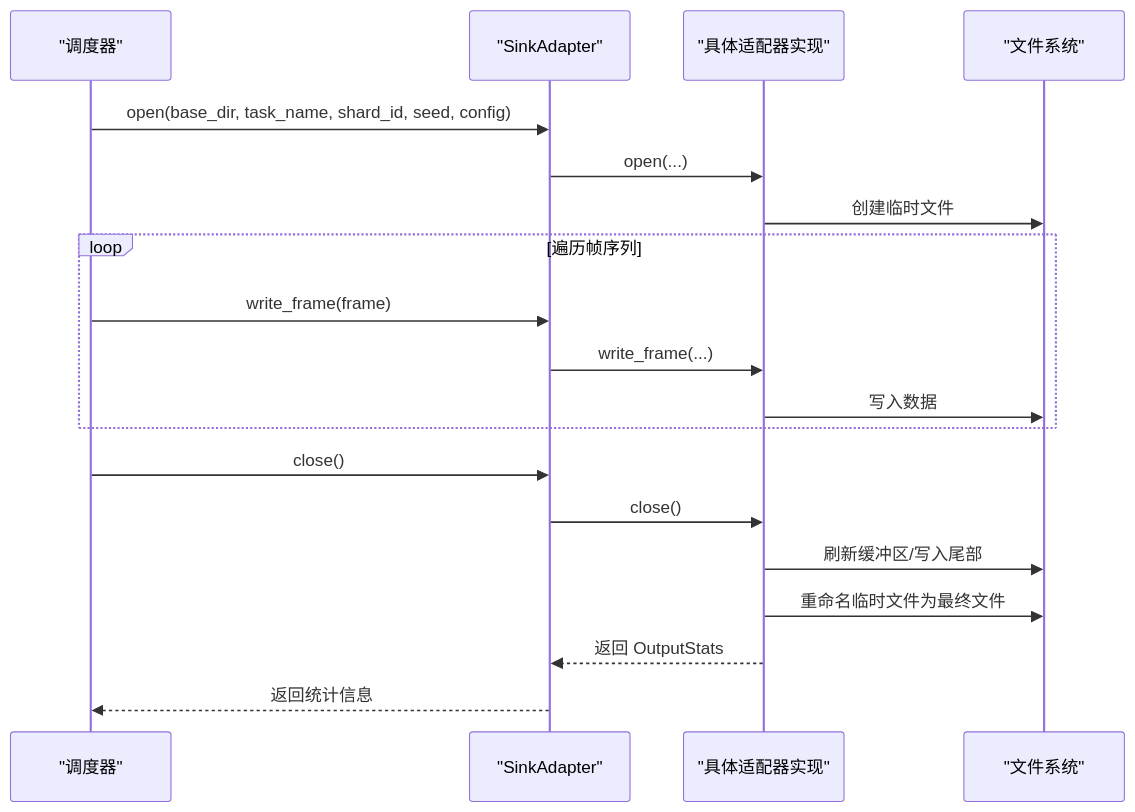
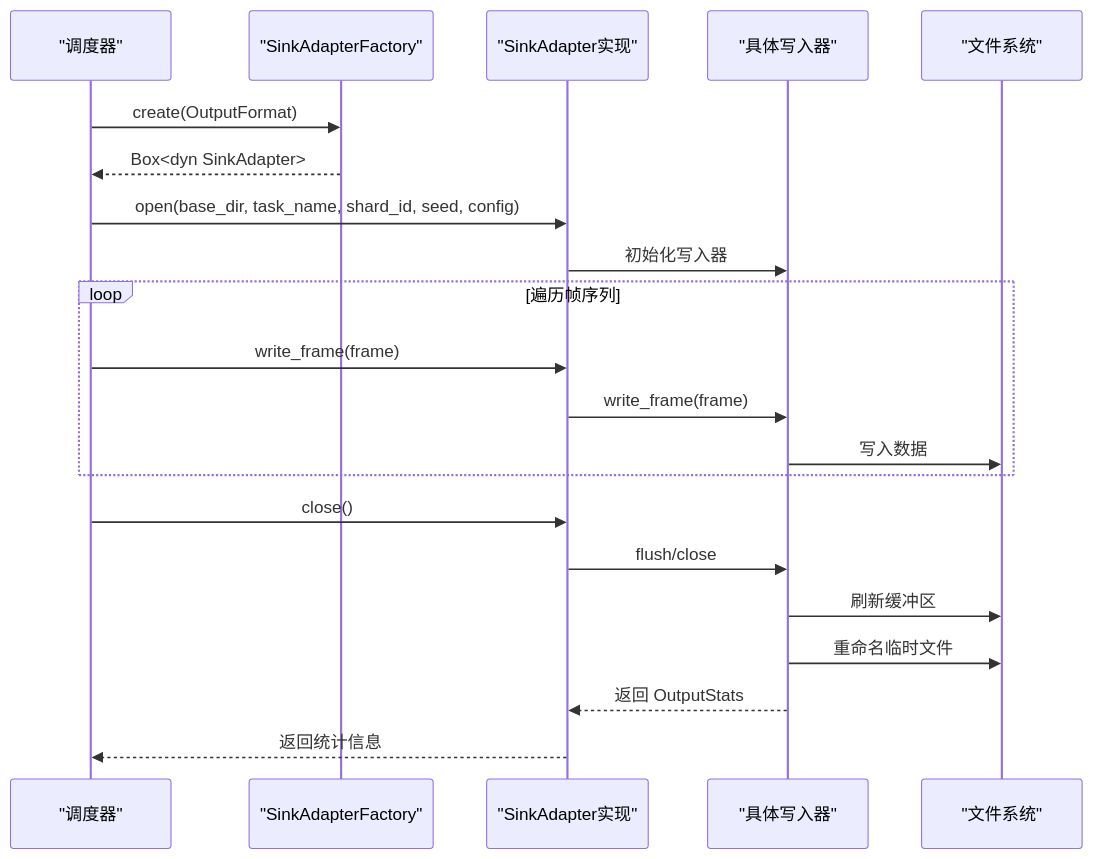
One commit to shiyukonghui/StructGen-rs changed the second of 7 diagrams in .qoder/repowiki/zh/content/输出适配层/输出适配层.md. Above: the diagram before and after it, drawn with Mermaid. The commit also changed other lines of this file and 8 other files, not shown here.

````diff
--- a/.qoder/repowiki/zh/content/输出适配层/输出适配层.md
+++ b/.qoder/repowiki/zh/content/输出适配层/输出适配层.md
@@ -90,21 +117,23 @@
 ```mermaid
 sequenceDiagram
 participant Scheduler as "调度器"
-participant Adapter as "SinkAdapter"
-participant Writer as "具体适配器实现"
+participant Factory as "SinkAdapterFactory"
+participant Adapter as "SinkAdapter实现"
+participant Writer as "具体写入器"
 participant FS as "文件系统"
+Scheduler->>Factory : create(OutputFormat)
+Factory-->>Scheduler : Box<dyn SinkAdapter>
 Scheduler->>Adapter : open(base_dir, task_name, shard_id, seed, config)
-Adapter->>Writer : open(...)
-Writer->>FS : 创建临时文件
+Adapter->>Writer : 初始化写入器
 loop 遍历帧序列
 Scheduler->>Adapter : write_frame(frame)
-Adapter->>Writer : write_frame(...)
+Adapter->>Writer : write_frame(frame)
 Writer->>FS : 写入数据
 end
 Scheduler->>Adapter : close()
-Adapter->>Writer : close()
-Writer->>FS : 刷新缓冲区/写入尾部
-Writer->>FS : 重命名临时文件为最终文件
+Adapter->>Writer : flush/close
+Writer->>FS : 刷新缓冲区
+Writer->>FS : 重命名临时文件
 Writer-->>Adapter : 返回 OutputStats
 Adapter-->>Scheduler : 返回统计信息
 ```
````
